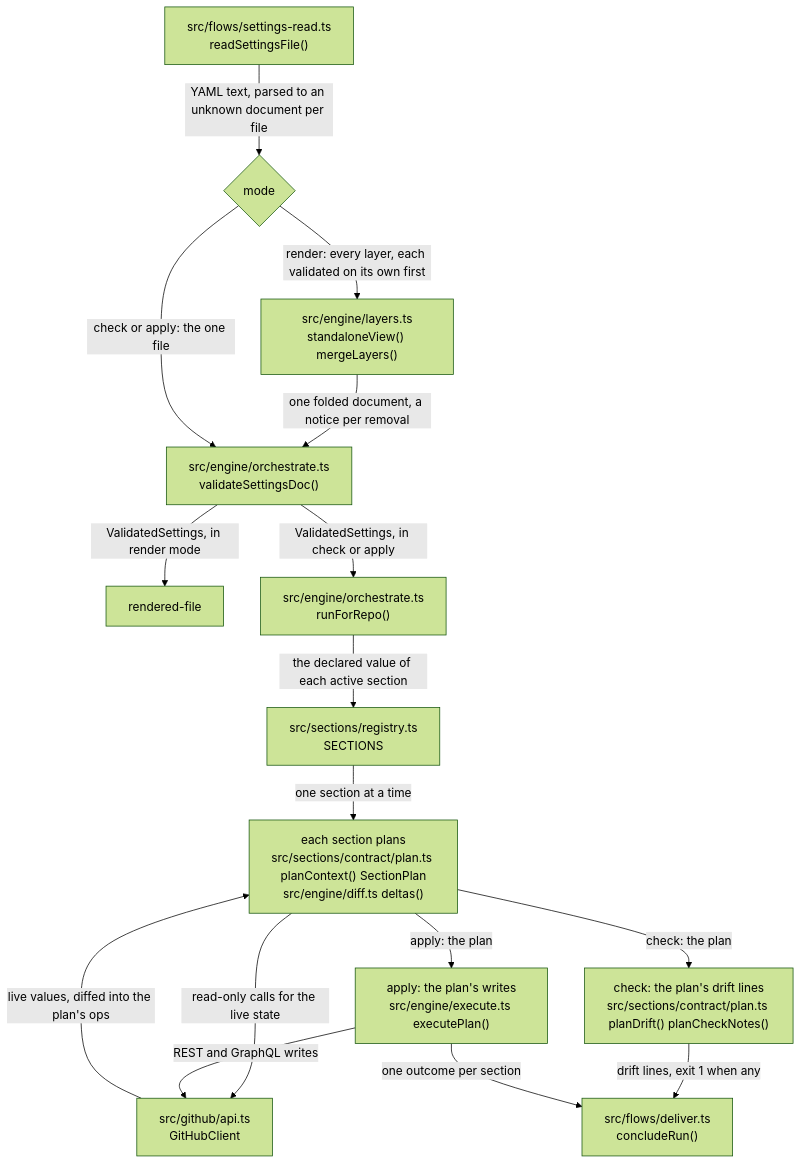
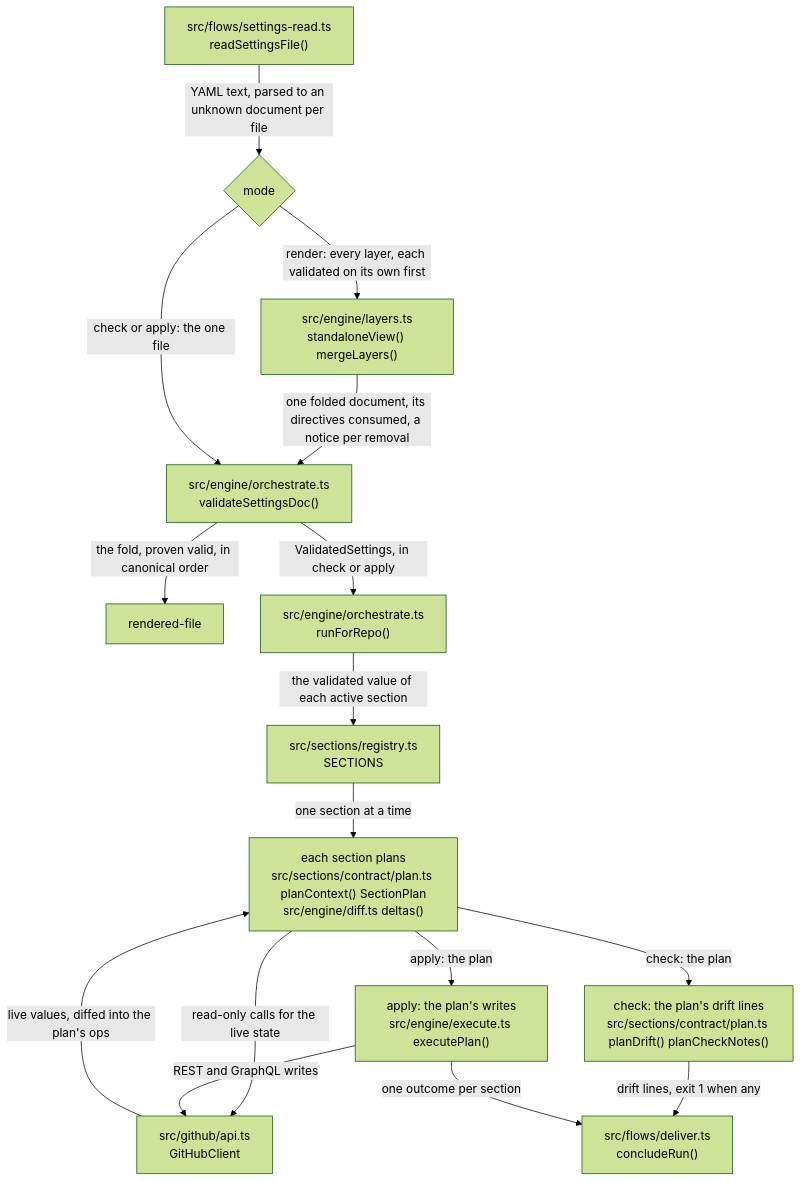
One commit to Vivswan/github-settings-as-code changed the first of 9 diagrams in docs/reference/architecture.md. Above: the diagram before and after it, drawn with Mermaid (forest theme). The commit also changed other lines of this file, not shown here.

Commit message:
docs(architecture): describe the validation phase, the layering fold's three directives, and render mode (#302)

````diff
--- a/docs/reference/architecture.md
+++ b/docs/reference/architecture.md
@@ -19,30 +19,30 @@
 ```mermaid
 flowchart TD
   read["src/flows/settings-read.ts<br>readSettingsFile()"]
   mode{"mode"}
   fold["src/engine/layers.ts<br>standaloneView() mergeLayers()"]
   validate["src/engine/orchestrate.ts<br>validateSettingsDoc()"]
-  merged["rendered-file"]
+  rendered["rendered-file"]
   repo["src/engine/orchestrate.ts<br>runForRepo()"]
   sections["src/sections/registry.ts<br>SECTIONS"]
   plan["each section plans<br>src/sections/contract/plan.ts planContext() SectionPlan<br>src/engine/diff.ts deltas()"]
   api["src/github/api.ts<br>GitHubClient"]
   drift["check: the plan's drift lines<br>src/sections/contract/plan.ts planDrift() planCheckNotes()"]
   exec["apply: the plan's writes<br>src/engine/execute.ts executePlan()"]
   report["src/flows/deliver.ts<br>concludeRun()"]
   read -->|YAML text, parsed to an unknown document per file| mode
   mode -->|render: every layer, each validated on its own first| fold
-  fold -->|one folded document, a notice per removal| validate
+  fold -->|one folded document, its directives consumed, a notice per removal| validate
   mode -->|check or apply: the one file| validate
-  validate -->|ValidatedSettings, in render mode| merged
+  validate -->|the fold, proven valid, in canonical order| rendered
   validate -->|ValidatedSettings, in check or apply| repo
-  repo -->|the declared value of each active section| sections
+  repo -->|the validated value of each active section| sections
   sections -->|one section at a time| plan
   plan -->|read-only calls for the live state| api
   api -->|live values, diffed into the plan's ops| plan
   plan -->|check: the plan| drift
   plan -->|apply: the plan| exec
   exec -->|REST and GraphQL writes| api
   drift -->|drift lines, exit 1 when any| report
   exec -->|one outcome per section| report
 ```
````
